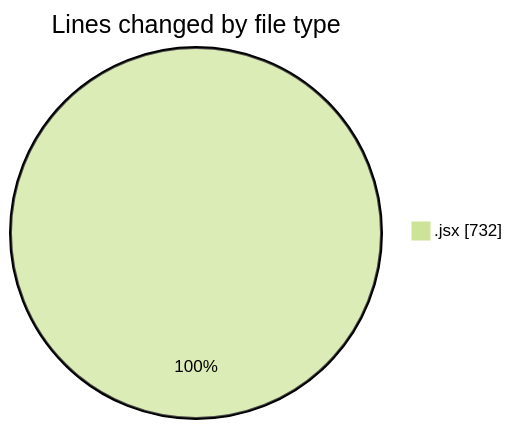
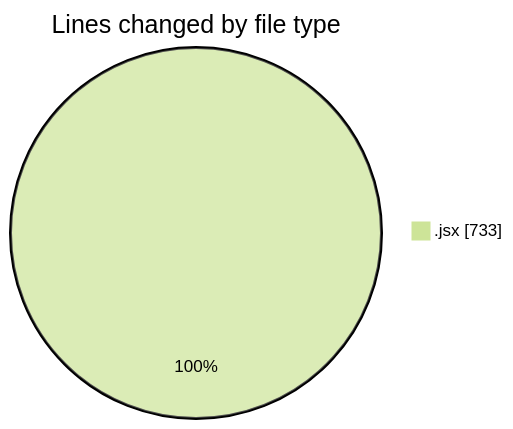
The first of 2 diagrams in 2025-05-09/argos-dev/README.md (nxtqubesakshisongat/code-tracking), drawn with Mermaid (forest theme) before and after one commit. The commit also changed other lines of this file and 1 other file, not shown here.

````diff
--- a/2025-05-09/argos-dev/README.md
+++ b/2025-05-09/argos-dev/README.md
@@ -21,5 +21,5 @@
 ```mermaid
 pie showData
 title Lines changed by file type
-".jsx" : 732
+".jsx" : 733
 ```
````
